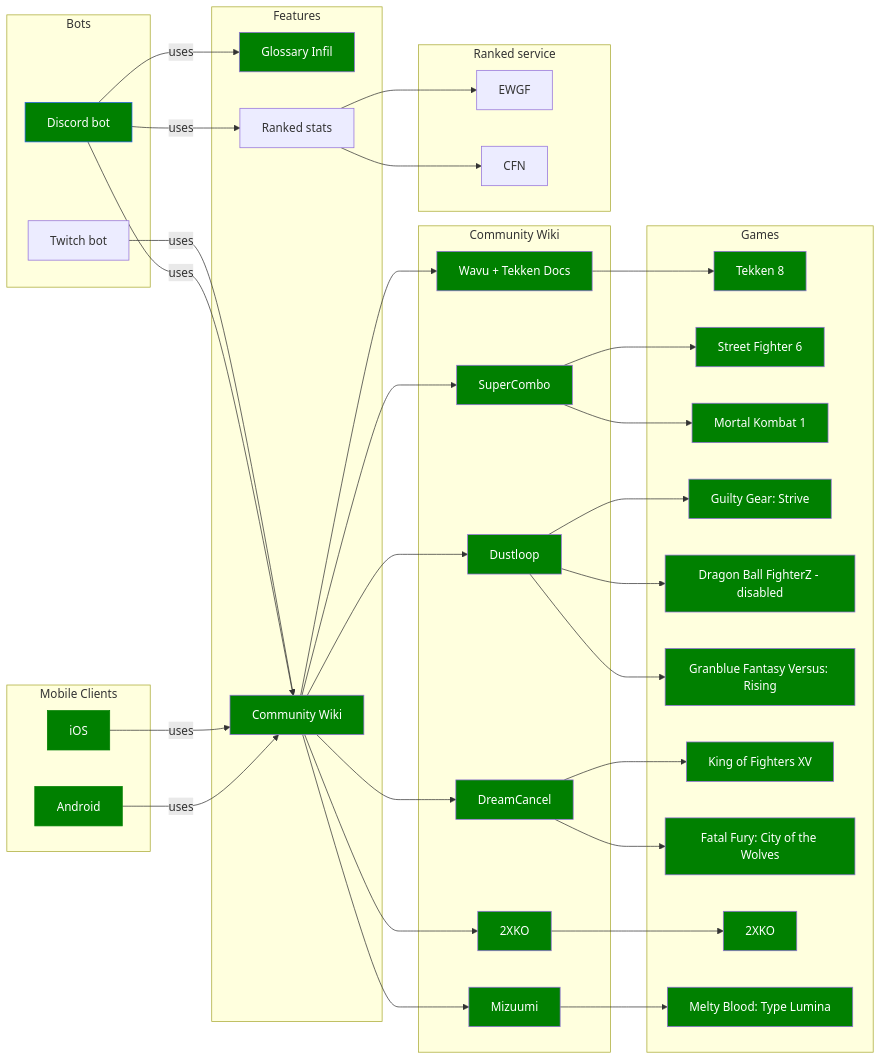
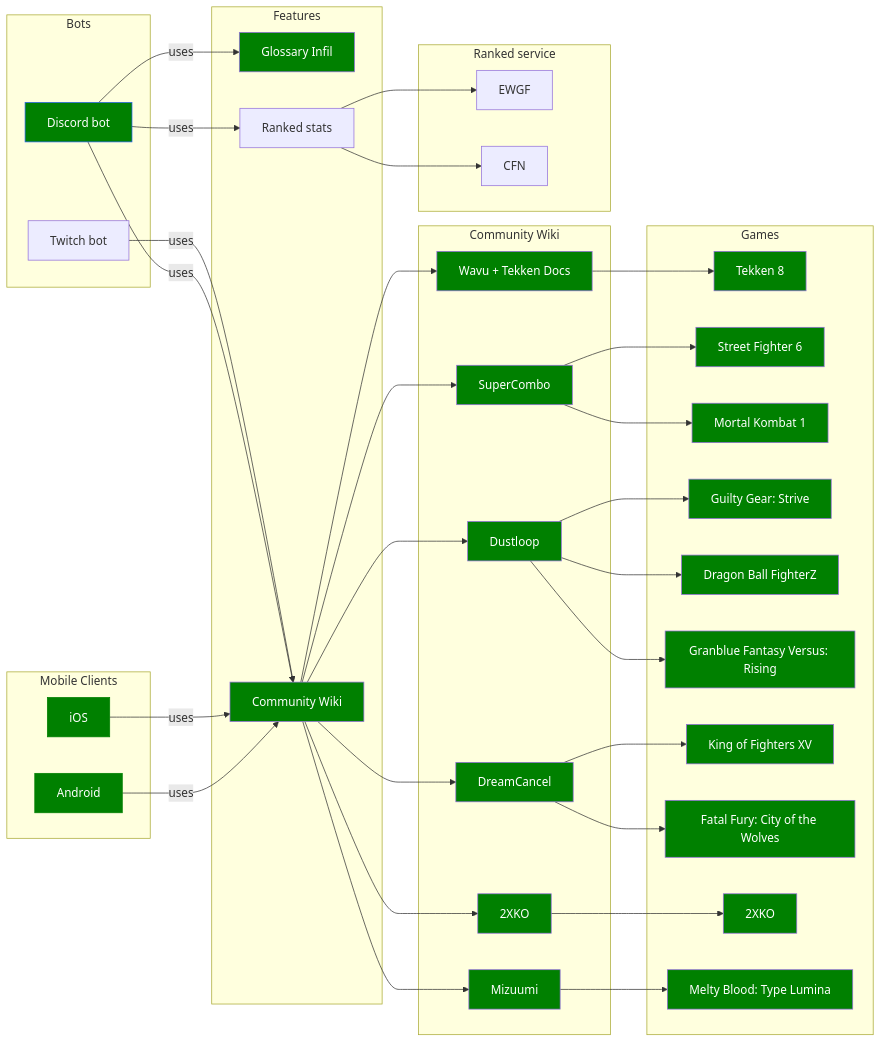
Before and after one commit to Sophon/FightingNerd: the diagram in README.md, drawn with Mermaid. The commit also changed 12 other files, not shown here.

```diff
--- a/README.md
+++ b/README.md
@@ -54,7 +54,7 @@
         sf6[Street Fighter 6]
         mk1[Mortal Kombat 1]
         ggst[Guilty Gear: Strive]
-        dbfz[Dragon Ball FighterZ - disabled]
+        dbfz[Dragon Ball FighterZ]
         gbvsr[Granblue Fantasy Versus: Rising]
         kof15[King of Fighters XV]
         cotw[Fatal Fury: City of the Wolves]
```
